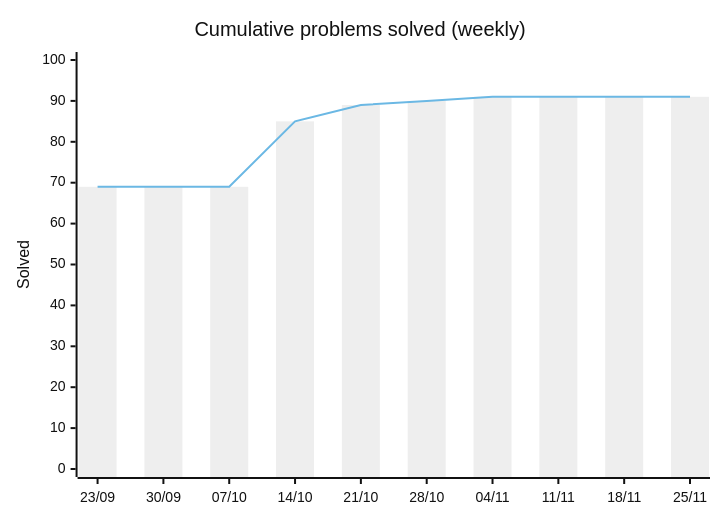
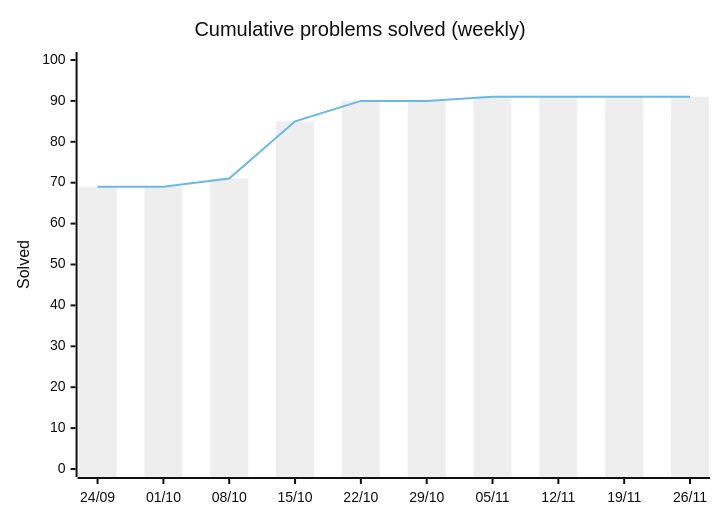
Before and after one commit to HarryTrn/TensorTonic-Solutions: the first of 2 diagrams in README.md, drawn with Mermaid (neutral theme). The commit also changed other lines of this file, not shown here.

Commit message:
docs: auto-update README [skip ci]

````diff
--- a/README.md
+++ b/README.md
@@ -65,8 +65,8 @@
 ```mermaid
 xychart-beta
     title "Cumulative problems solved (weekly)"
-    x-axis ["23/09", "30/09", "07/10", "14/10", "21/10", "28/10", "04/11", "11/11", "18/11", "25/11"]
+    x-axis ["24/09", "01/10", "08/10", "15/10", "22/10", "29/10", "05/11", "12/11", "19/11", "26/11"]
     y-axis "Solved" 0 --> 100
-    bar [69, 69, 69, 85, 89, 90, 91, 91, 91, 91]
-    line [69, 69, 69, 85, 89, 90, 91, 91, 91, 91]
+    bar [69, 69, 71, 85, 90, 90, 91, 91, 91, 91]
+    line [69, 69, 71, 85, 90, 90, 91, 91, 91, 91]
 ```
````
